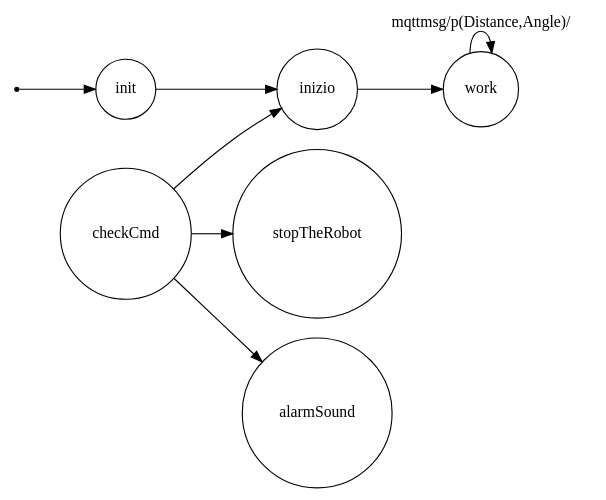
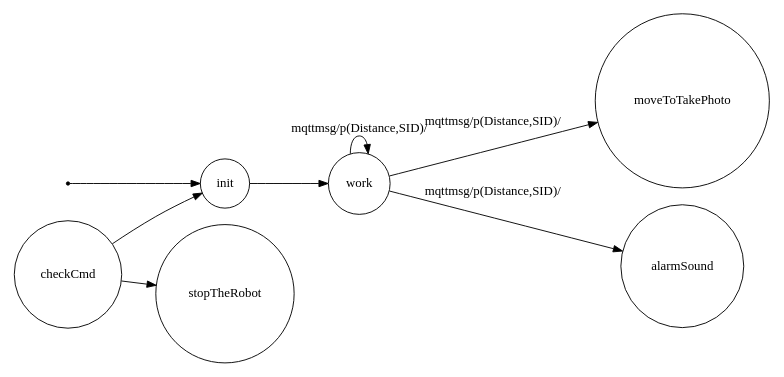
Before and after one commit to Diantha/TemaFinaleISS: the diagram in srcMore/it/unibo/controller/dotFsm.gv, drawn with Graphviz. The commit also changed 136 other files, not shown here.

```diff
--- a/srcMore/it/unibo/controller/dotFsm.gv
+++ b/srcMore/it/unibo/controller/dotFsm.gv
@@ -1,28 +1,27 @@
 /*
 *
 * A GraphViz DOT FSM description 
 * Please use a GraphViz visualizer (like http://www.webgraphviz.com)
 * 
 * Generated by AM,NC,RM
 *  
 */
  
 digraph finite_state_machine {
   	rankdir=LR;
   	size="8,5"
   	node [shape = point]; iniziale;
   	node [shape = doublecircle]; 
   	node [shape = circle];
   	iniziale -> init [label = ""];
   	
   	
-  	init -> inizio [ label = ""];
+  	init -> work [ label = ""];
   	
-  	inizio -> work [ label = ""];
+  	work -> moveToTakePhoto [ label = "mqttmsg/p(Distance,SID)/"];
+  	work -> alarmSound [ label = "mqttmsg/p(Distance,SID)/"];
+  	work -> work [ label = "mqttmsg/p(Distance,SID)/"];
   	
-  	work -> work [ label = "mqttmsg/p(Distance,Angle)/"];
-  	
-  	checkCmd -> inizio [ label = ""];
+  	checkCmd -> init [ label = ""];
   	checkCmd -> stopTheRobot [ label = ""];
-  	checkCmd -> alarmSound [ label = ""];
 }
```
